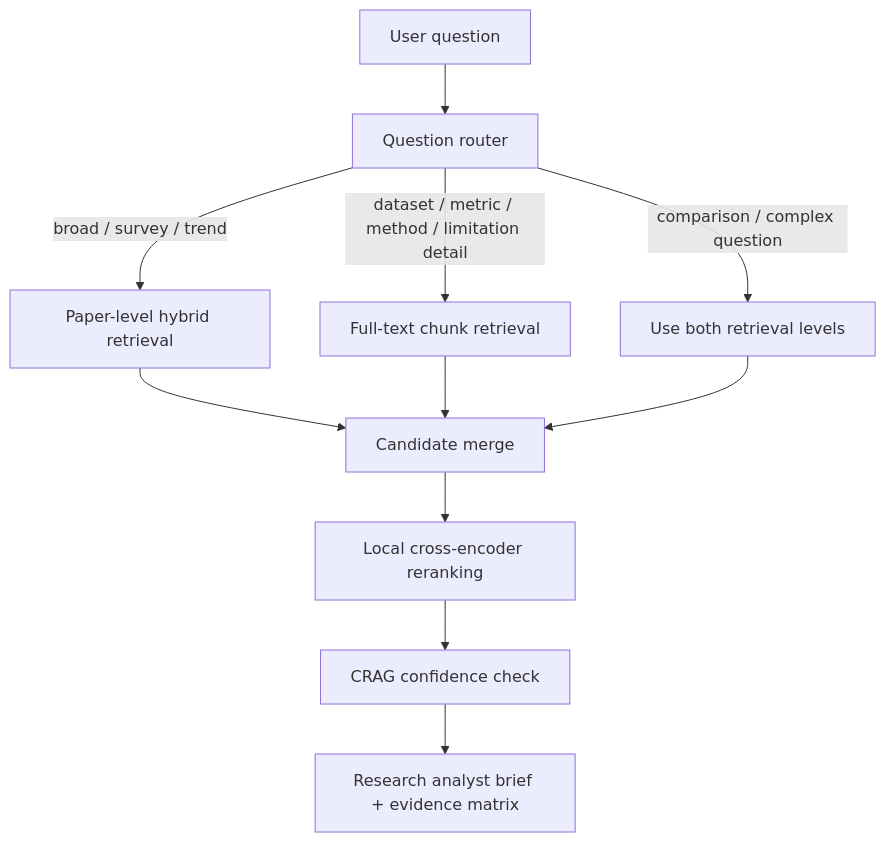
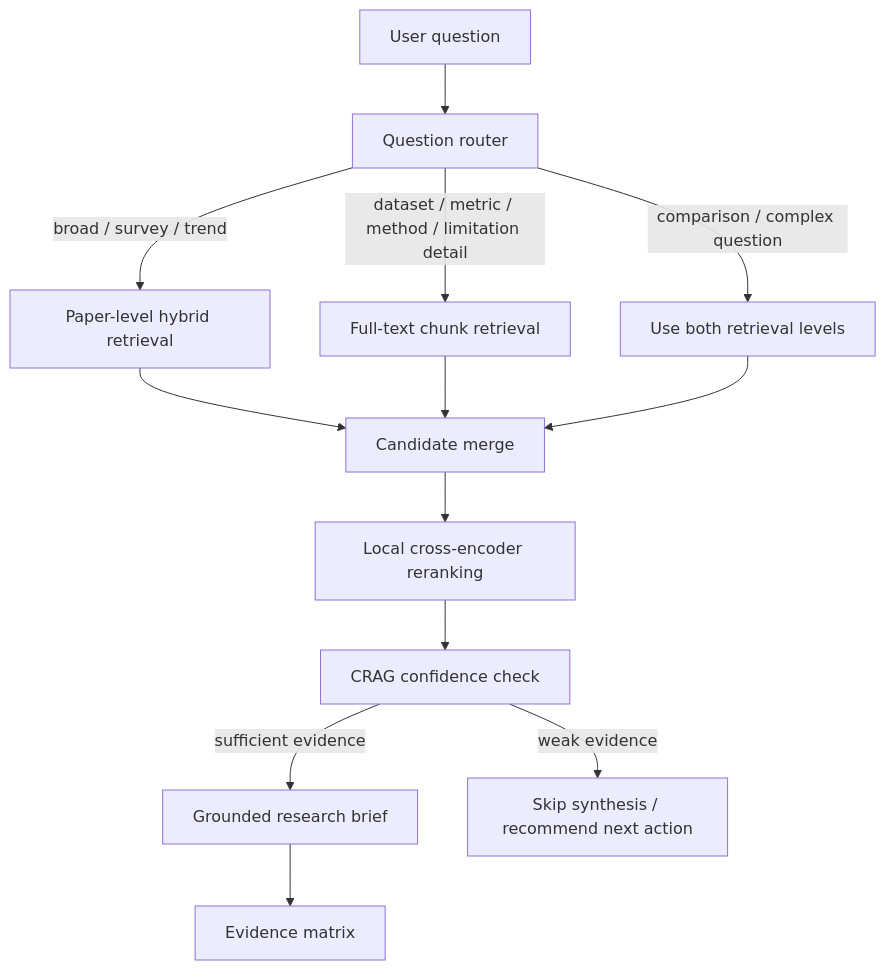
The third of 3 diagrams in docs/research-synthesis-engine-build-plan.md (rishitha-gogineni/research-synthesis-engine), drawn with Mermaid before and after one commit. The commit also changed other lines of this file and 7 other files, not shown here.

Commit message:
Add research brief and evidence matrix generators

````diff
--- a/docs/research-synthesis-engine-build-plan.md
+++ b/docs/research-synthesis-engine-build-plan.md
@@ -92,13 +92,15 @@
 ```mermaid
 flowchart TD
     A[User question] --> B[Question router]
     B -->|broad / survey / trend| C[Paper-level hybrid retrieval]
     B -->|dataset / metric / method / limitation detail| D[Full-text chunk retrieval]
     B -->|comparison / complex question| E[Use both retrieval levels]
     C --> F[Candidate merge]
     D --> F
     E --> F
     F --> G[Local cross-encoder reranking]
     G --> H[CRAG confidence check]
-    H --> I[Research analyst brief + evidence matrix]
+    H -->|sufficient evidence| I[Grounded research brief]
+    H -->|weak evidence| J[Skip synthesis / recommend next action]
+    I --> K[Evidence matrix]
 ```
````
